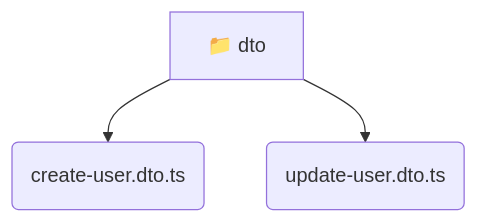
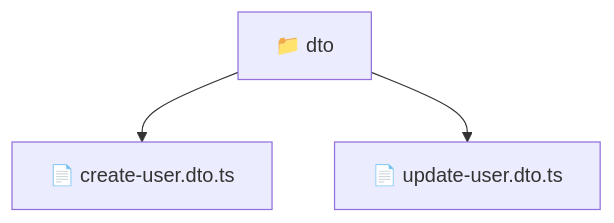
One commit to beginwebdev2002/fullstack-mavluda changed the diagram in backend/src/modules/user/presentation/dto/README.md. Above: the diagram before and after it, drawn with Mermaid. The commit also changed other lines of this file and 163 other files, not shown here.

````diff
--- a/backend/src/modules/user/presentation/dto/README.md
+++ b/backend/src/modules/user/presentation/dto/README.md
@@ -9,6 +10,6 @@
 ```mermaid
 graph TD
-  dto[📁 dto]
-  dto --> dto_create_user_dto_ts(create-user.dto.ts)
-  dto --> dto_update_user_dto_ts(update-user.dto.ts)
+  Root["📁 dto"]
+  Root --> createuserdtots["📄 create-user.dto.ts"]
+  Root --> updateuserdtots["📄 update-user.dto.ts"]
 ```
````
